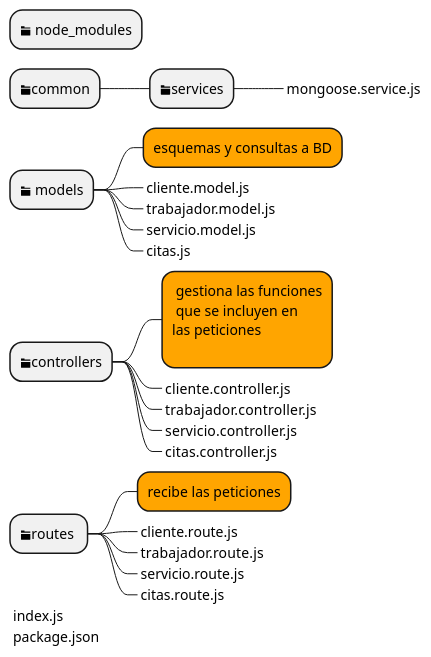
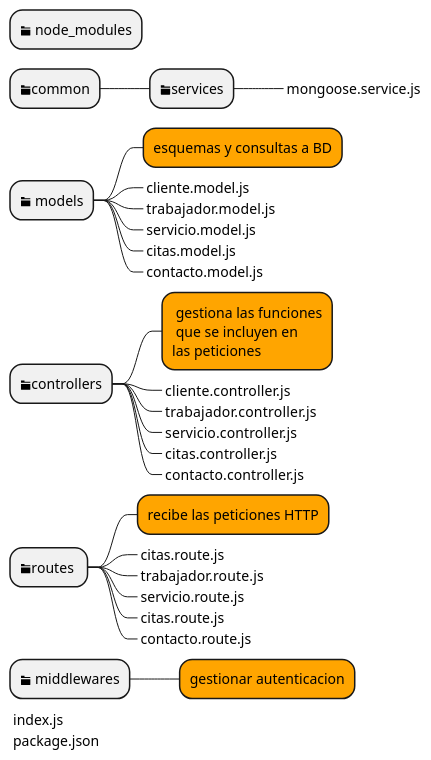
Before and after one commit to eanton71/BeautyCLIC_Front: the second of 2 diagrams in src/assets/data/esquema_frontend_backend.md, drawn with PlantUML. The commit also changed 40 other files, not shown here.

````diff
--- a/src/assets/data/esquema_frontend_backend.md
+++ b/src/assets/data/esquema_frontend_backend.md
@@ -54,33 +54,36 @@
 ```plantuml
 @startmindmap
 ** <&folder> node_modules
 * <&folder>common
 ** <&folder>services
 ***_ mongoose.service.js
 
 * <&folder> models
 **[#Orange] esquemas y consultas a BD
 **_ cliente.model.js
 **_ trabajador.model.js
 **_ servicio.model.js
-**_ citas.js
+**_ citas.model.js
+**_ contacto.model.js
 * <&folder>controllers
 **[#Orange]: gestiona las funciones
  que se incluyen en 
-las peticiones
-;
+las peticiones;
 **_ cliente.controller.js
 **_ trabajador.controller.js
 **_ servicio.controller.js
 **_ citas.controller.js
+**_ contacto.controller.js
 * <&folder>routes 
-**[#Orange] recibe las peticiones
-**_ cliente.route.js
+**[#Orange] recibe las peticiones HTTP
+**_ citas.route.js
 **_ trabajador.route.js
 **_ servicio.route.js
 **_ citas.route.js
-
+**_ contacto.route.js
+* <&folder> middlewares
+**[#Orange] gestionar autenticacion
 *_ index.js
 *_ package.json
 @endmindmap
 ```
````
